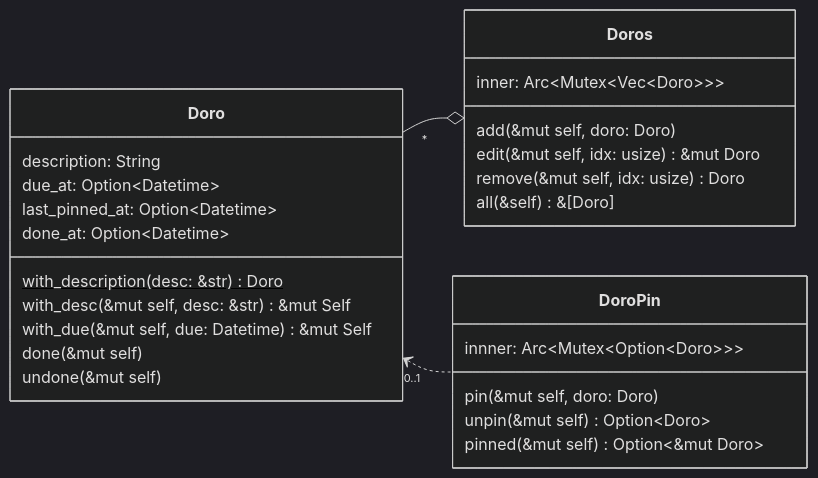
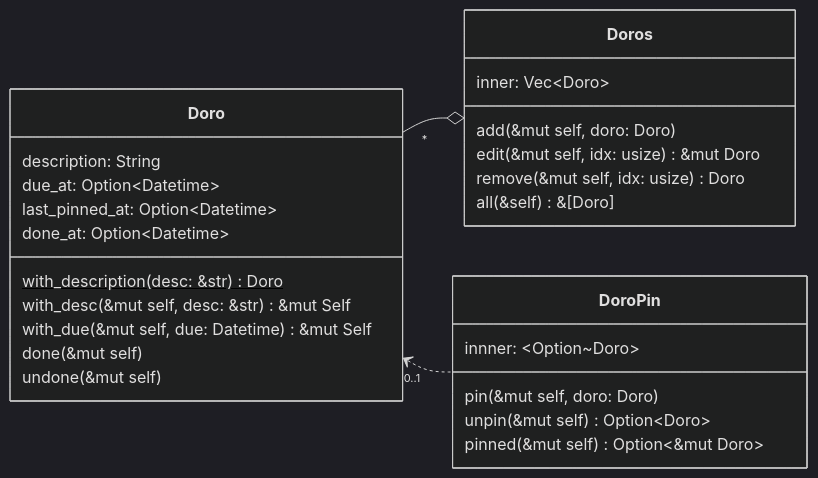
Before and after one commit to huangjj27/huangjj27.github.io: the fourth of 5 diagrams in src/pomo_doro/doro.md, drawn with Mermaid (dark theme). The commit also changed other lines of this file, not shown here.

Commit message:
sprint1(pomo_doro): 修正集合类置顶类设计

````diff
--- a/src/pomo_doro/doro.md
+++ b/src/pomo_doro/doro.md
@@ -60,33 +60,33 @@
 ```mermaid
 classDiagram
     direction LR
     Doro "*" --o Doros
     Doro "0..1" <.. DoroPin
 
     class Doro {
         description: String
         due_at: Option~Datetime~
         last_pinned_at: Option~Datetime~
         done_at: Option~Datetime~
         with_description(desc: &str) Doro$
         with_desc(&mut self, desc: &str) &mut Self
         with_due(&mut self, due: Datetime) &mut Self
         done(&mut self)
         undone(&mut self)
     }
 
     class Doros {
-        inner: Arc~Mutex~Vec~Doro~~~
+        inner: Vec~Doro~
         add(&mut self, doro: Doro)
         edit(&mut self, idx: usize) &mut Doro
         remove(&mut self, idx: usize) Doro
         all(&self) &[Doro]
     }
 
     class DoroPin {
-        innner: Arc~Mutex~Option~Doro~~~
+        innner: ~Option~Doro~
         pin(&mut self, doro: Doro)
         unpin(&mut self) Option~Doro~
         pinned(&mut self) Option~&mut Doro~
     }
 ```
````
